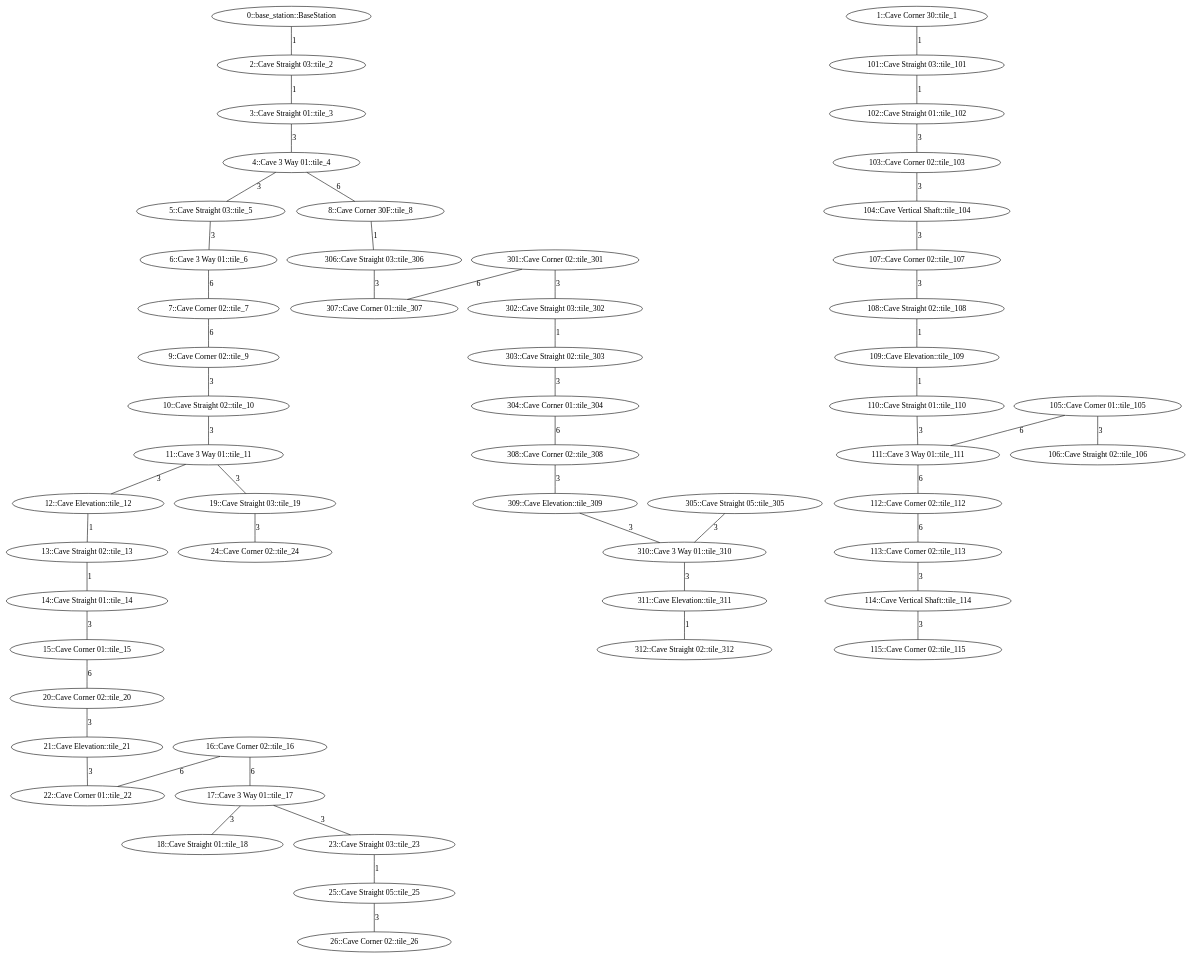
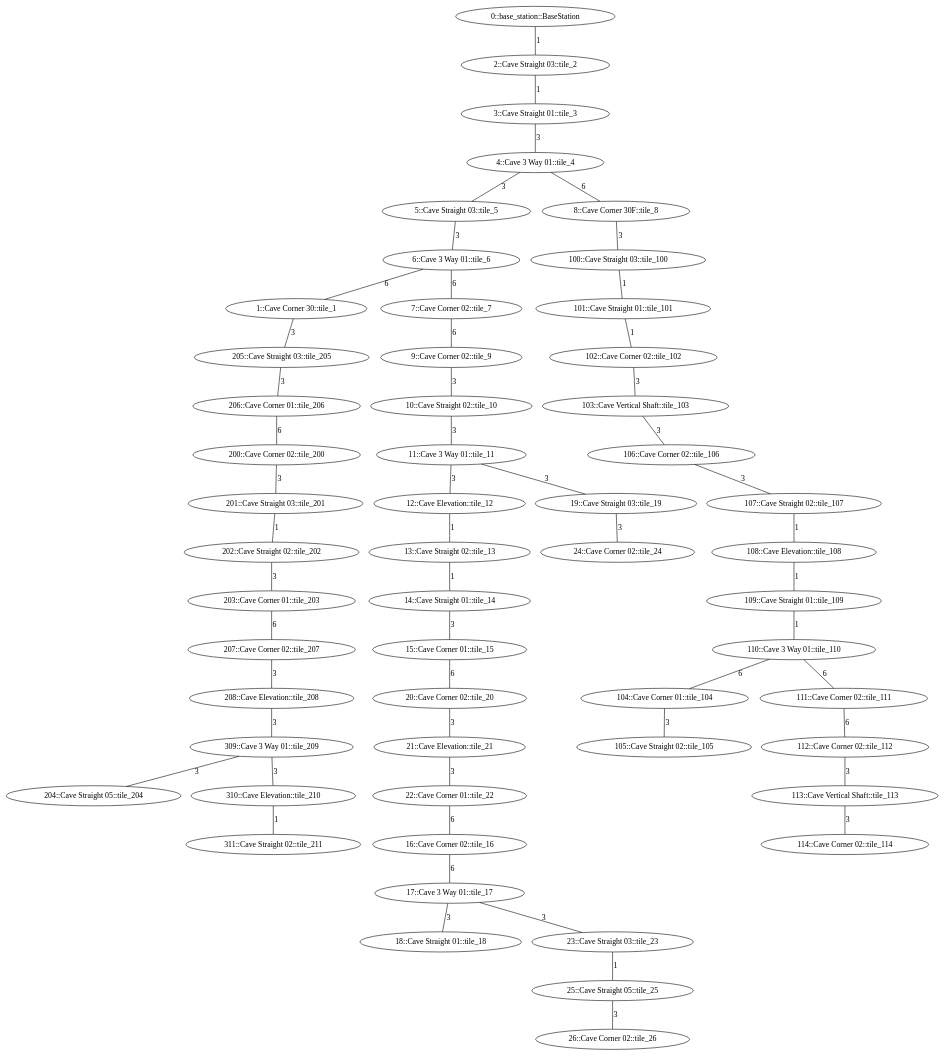
The diagram in subt_ign/worlds/simple_cave_03.dot (osrf/subt), drawn with Graphviz before and after one commit. The commit also changed 1 other file, not shown here.

```diff
--- a/subt_ign/worlds/simple_cave_03.dot
+++ b/subt_ign/worlds/simple_cave_03.dot
@@ -1,126 +1,127 @@
 /* Visibility graph for simple_cave_03 */
 /* Generated with the generator.py script: */
 /*   __main__.py simple_cave_03.tsv -\-graph-file simple_cave_03.dot -\-world-file simple_cave_03.sdf -\-world-name simple_cave_03 -\-scale_x 25 -\-scale_y 25 -\-cave -\-y0 25 -\-x0 0 -\-z0 0 -\-level_type row_col -\-levels_buf 5 */
 
 graph {
   /* ==== Vertices ==== */
 
   /* Base station / Staging area */
   0   [label="0::base_station::BaseStation"];
 
   1   [label="1::Cave Corner 30::tile_1"];
   2   [label="2::Cave Straight 03::tile_2"];
   3   [label="3::Cave Straight 01::tile_3"];
   4   [label="4::Cave 3 Way 01::tile_4"];
   5   [label="5::Cave Straight 03::tile_5"];
   6   [label="6::Cave 3 Way 01::tile_6"];
   7   [label="7::Cave Corner 02::tile_7"];
   8   [label="8::Cave Corner 30F::tile_8"];
   9   [label="9::Cave Corner 02::tile_9"];
   10  [label="10::Cave Straight 02::tile_10"];
   11  [label="11::Cave 3 Way 01::tile_11"];
   12  [label="12::Cave Elevation::tile_12"];
   13  [label="13::Cave Straight 02::tile_13"];
   14  [label="14::Cave Straight 01::tile_14"];
   15  [label="15::Cave Corner 01::tile_15"];
   16  [label="16::Cave Corner 02::tile_16"];
   17  [label="17::Cave 3 Way 01::tile_17"];
   18  [label="18::Cave Straight 01::tile_18"];
   19  [label="19::Cave Straight 03::tile_19"];
   20  [label="20::Cave Corner 02::tile_20"];
   21  [label="21::Cave Elevation::tile_21"];
   22  [label="22::Cave Corner 01::tile_22"];
   23  [label="23::Cave Straight 03::tile_23"];
   24  [label="24::Cave Corner 02::tile_24"];
   25  [label="25::Cave Straight 05::tile_25"];
   26  [label="26::Cave Corner 02::tile_26"];
 
-  101   [label="101::Cave Straight 03::tile_101"];
-  102   [label="102::Cave Straight 01::tile_102"];
-  103   [label="103::Cave Corner 02::tile_103"];
-  104   [label="104::Cave Vertical Shaft::tile_104"];
-  105   [label="105::Cave Corner 01::tile_105"];
-  106   [label="106::Cave Straight 02::tile_106"];
-  107   [label="107::Cave Corner 02::tile_107"];
-  108   [label="108::Cave Straight 02::tile_108"];
-  109   [label="109::Cave Elevation::tile_109"];
-  110  [label="110::Cave Straight 01::tile_110"];
-  111  [label="111::Cave 3 Way 01::tile_111"];
+  100   [label="100::Cave Straight 03::tile_100"];
+  101   [label="101::Cave Straight 01::tile_101"];
+  102   [label="102::Cave Corner 02::tile_102"];
+  103   [label="103::Cave Vertical Shaft::tile_103"];
+  104   [label="104::Cave Corner 01::tile_104"];
+  105   [label="105::Cave Straight 02::tile_105"];
+  106   [label="106::Cave Corner 02::tile_106"];
+  107   [label="107::Cave Straight 02::tile_107"];
+  108   [label="108::Cave Elevation::tile_108"];
+  109  [label="109::Cave Straight 01::tile_109"];
+  110  [label="110::Cave 3 Way 01::tile_110"];
+  111  [label="111::Cave Corner 02::tile_111"];
   112  [label="112::Cave Corner 02::tile_112"];
-  113  [label="113::Cave Corner 02::tile_113"];
-  114  [label="114::Cave Vertical Shaft::tile_114"];
-  115  [label="115::Cave Corner 02::tile_115"];
+  113  [label="113::Cave Vertical Shaft::tile_113"];
+  114  [label="114::Cave Corner 02::tile_114"];
 
-  301   [label="301::Cave Corner 02::tile_301"];
-  302   [label="302::Cave Straight 03::tile_302"];
-  303   [label="303::Cave Straight 02::tile_303"];
-  304   [label="304::Cave Corner 01::tile_304"];
-  305   [label="305::Cave Straight 05::tile_305"];
-  306   [label="306::Cave Straight 03::tile_306"];
-  307   [label="307::Cave Corner 01::tile_307"];
-  308   [label="308::Cave Corner 02::tile_308"];
-  309   [label="309::Cave Elevation::tile_309"];
-  310  [label="310::Cave 3 Way 01::tile_310"];
-  311  [label="311::Cave Elevation::tile_311"];
-  312  [label="312::Cave Straight 02::tile_312"];
+  200   [label="200::Cave Corner 02::tile_200"];
+  201   [label="201::Cave Straight 03::tile_201"];
+  202   [label="202::Cave Straight 02::tile_202"];
+  203   [label="203::Cave Corner 01::tile_203"];
+  204   [label="204::Cave Straight 05::tile_204"];
+  205   [label="205::Cave Straight 03::tile_205"];
+  206   [label="206::Cave Corner 01::tile_206"];
+  207   [label="207::Cave Corner 02::tile_207"];
+  208   [label="208::Cave Elevation::tile_208"];
+  209  [label="309::Cave 3 Way 01::tile_209"];
+  210  [label="310::Cave Elevation::tile_210"];
+  211  [label="311::Cave Straight 02::tile_211"];
 
 
   /* ==== Edges ==== */
 
   /* Base station */
   0  -- 2   [label=1];
   2  -- 3   [label=1];
   3  -- 4   [label=3];  /* Intersection */
   4  -- 5   [label=3];  /* Intersection */
   4  -- 8   [label=6];  /* Intersection */
   5  -- 6   [label=3];  /* Intersection */
   6  -- 7   [label=6];  /* Intersection */
   7  -- 9   [label=6];
   9  -- 10  [label=3];
   10 -- 11  [label=3];  /* Intersection */
   11 -- 12  [label=3];  /* Intersection */
   11 -- 19  [label=3];  /* Intersection */
   12 -- 13  [label=1];
   13 -- 14  [label=1];
   14 -- 15  [label=3];
   15 -- 20  [label=6];
-  16 -- 17  [label=6];  /* Intersection */
-  16 -- 22  [label=6];
-  17 -- 18  [label=3];  /* Intersection */
-  17 -- 23  [label=3];  /* Intersection */
   19 -- 24  [label=3];
   20 -- 21  [label=3];
   21 -- 22  [label=3];
+  22 -- 16  [label=6];
+  16 -- 17  [label=6];
+  17 -- 18  [label=3];
+  17 -- 23  [label=3];
   23 -- 25  [label=1];
   25 -- 26  [label=3];
 
-  1  -- 101   [label=1];
+  8  -- 100   [label=3];
+  100  -- 101   [label=1];
   101  -- 102   [label=1];
   102  -- 103   [label=3];
-  103  -- 104   [label=3];
-  104  -- 107   [label=3];
-  105  -- 106   [label=3];
-  105  -- 111  [label=6];  /* Intersection */
-  107  -- 108   [label=3];
+  103  -- 106   [label=3];
+  106  -- 107   [label=3];
+  107  -- 108   [label=1];
   108  -- 109   [label=1];
   109  -- 110  [label=1];
-  110 -- 111  [label=3];  /* Intersection */
+  110 -- 111  [label=6];  /* Intersection */
   111 -- 112  [label=6];  /* Intersection */
-  112 -- 113  [label=6];
+  112 -- 113  [label=3];
   113 -- 114  [label=3];
-  114 -- 115  [label=3];
+  110 -- 104  [label=6];  /* Intersection */
+  104 -- 105  [label=3];  /* Intersection */
 
-  8  -- 306   [label=1];
-  301  -- 302   [label=3];
-  301  -- 307   [label=6];
-  302  -- 303   [label=1];
-  303  -- 304   [label=3];
-  304  -- 308   [label=6];
-  305  -- 310  [label=3];  /* Intersection */
-  306  -- 307   [label=3];
-  308  -- 309   [label=3];
-  309  -- 310  [label=3];  /* Intersection */
-  310 -- 311  [label=3];  /* Intersection */
-  311 -- 312  [label=1];
+  6  -- 1   [label=6];
+  1  -- 205   [label=3];
+  205  -- 206   [label=3];
+  206  -- 200   [label=6];
+  200  -- 201   [label=3];
+  201  -- 202   [label=1];
+  202  -- 203   [label=3];
+  203  -- 207   [label=6];
+  207  -- 208   [label=3];
+  208  -- 209   [label=3];
+  209  -- 204   [label=3];
+  209  -- 210   [label=3];
+  210  -- 211   [label=1];
 
 }
```
